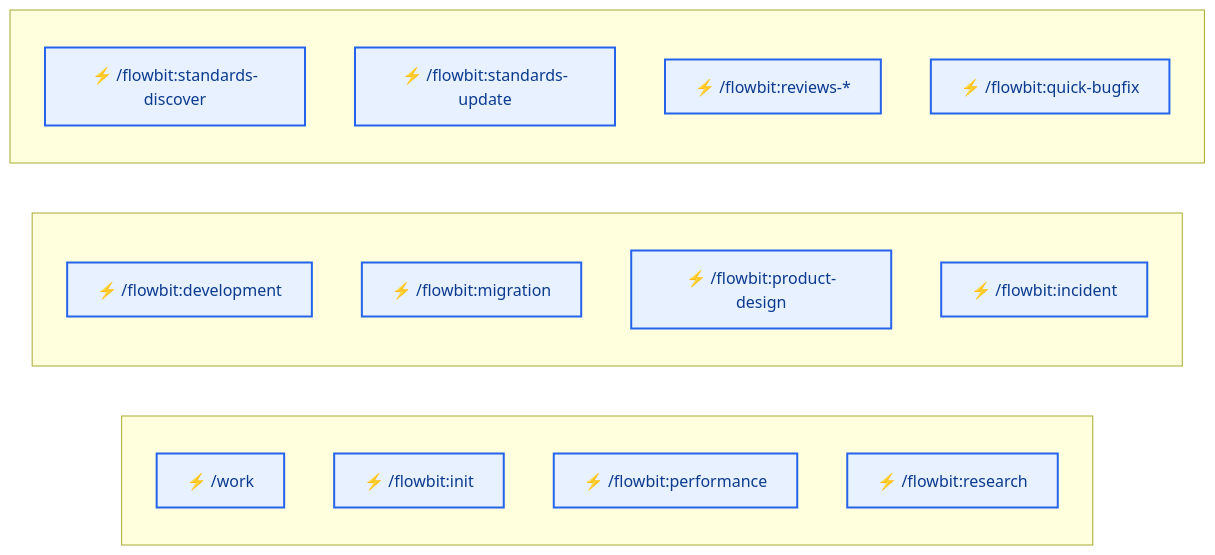
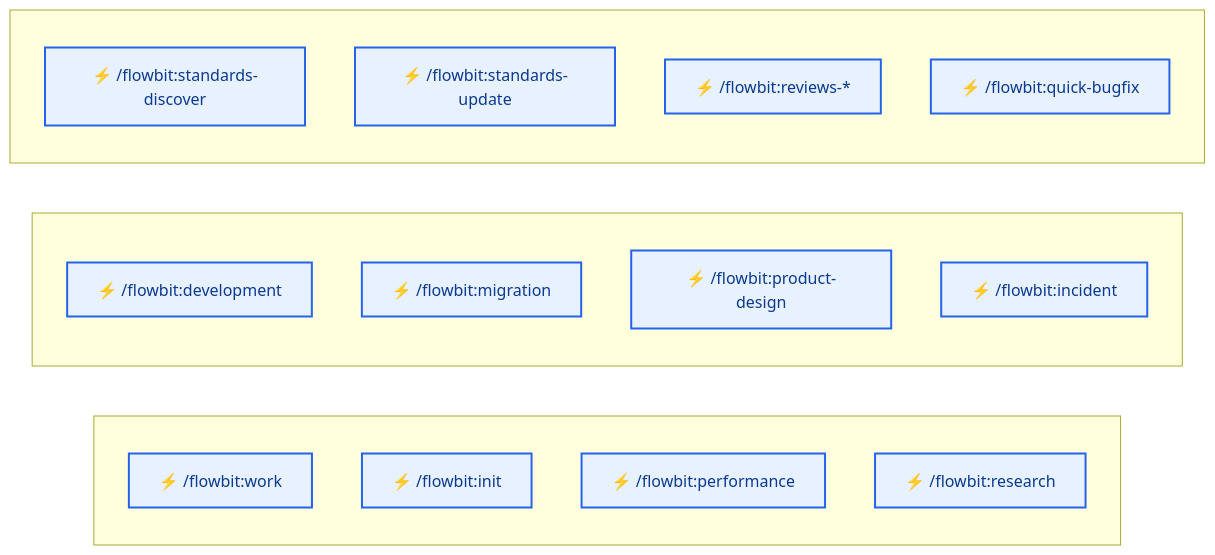
Before and after one commit to plucins/flowbit: the first of 8 diagrams in docs/flow/overview.md, drawn with Mermaid. The commit also changed other lines of this file and 11 other files, not shown here.

````diff
--- a/docs/flow/overview.md
+++ b/docs/flow/overview.md
@@ -26,29 +40,29 @@
 ```mermaid
 graph LR
   subgraph C1[" "]
     direction TB
-    WORK["⚡ /work"]
+    WORK["⚡ /flowbit:work"]
     INIT["⚡ /flowbit:init"]
     PERF["⚡ /flowbit:performance"]
     RES["⚡ /flowbit:research"]
   end
 
   subgraph C2[" "]
     direction TB
     DEV["⚡ /flowbit:development"]
     MIG["⚡ /flowbit:migration"]
     PD["⚡ /flowbit:product-design"]
     INC["⚡ /flowbit:incident"]
   end
 
   subgraph C3[" "]
     direction TB
     STD_DISC["⚡ /flowbit:standards-discover"]
     STD_UPD["⚡ /flowbit:standards-update"]
     REV["⚡ /flowbit:reviews-*"]
     QBUG["⚡ /flowbit:quick-bugfix"]
   end
 
   classDef cmd fill:#E8F1FF,stroke:#2563EB,stroke-width:2px,color:#0B3A8F;
   class WORK,INIT,DEV,PERF,MIG,RES,PD,INC,STD_DISC,STD_UPD,REV,QBUG cmd;
 ```
````
